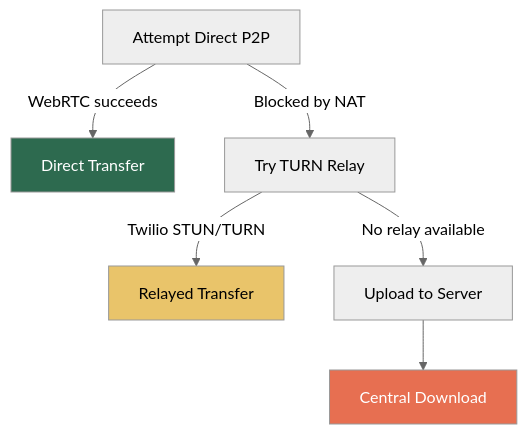
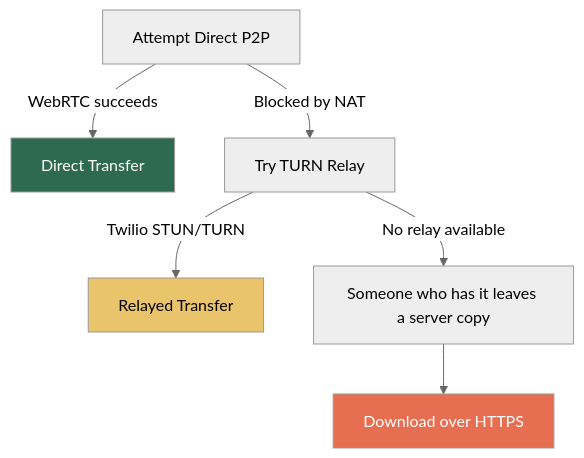
Before and after one commit to acuhlmann/photogroup: the second of 4 diagrams in README.md, drawn with Mermaid (neutral theme). The commit also changed other lines of this file and 26 other files, not shown here.

First line of the commit message:
Leave a server copy only when someone needs it

````diff
--- a/README.md
+++ b/README.md
@@ -33,12 +33,12 @@
 ```mermaid
 graph TD
     A[Attempt Direct P2P] -->|WebRTC succeeds| B[Direct Transfer]
     A -->|Blocked by NAT| C[Try TURN Relay]
     C -->|Twilio STUN/TURN| D[Relayed Transfer]
-    C -->|No relay available| E[Upload to Server]
-    E --> F[Central Download]
+    C -->|No relay available| E[Someone who has it leaves a server copy]
+    E --> F[Download over HTTPS]
 
     style B fill:#2d6a4f,color:#fff
     style D fill:#e9c46a,color:#000
     style F fill:#e76f51,color:#fff
 ```
````
